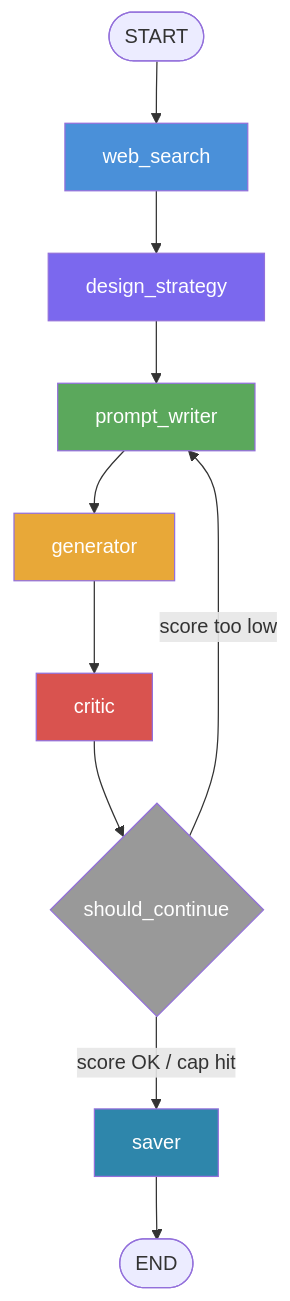
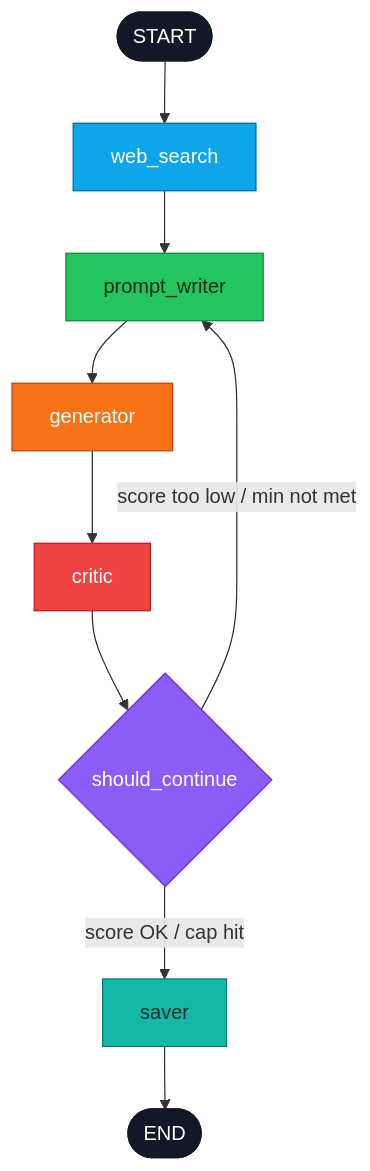
One commit to Shivanilarokar/-Youtube_Thumbnail_DesignerAgent changed the diagram in README.md. Above: the diagram before and after it, drawn with Mermaid. The commit also changed other lines of this file and 26 other files, not shown here.

````diff
--- a/README.md
+++ b/README.md
@@ -9,20 +58,20 @@
 ```mermaid
 flowchart TD
     A([START]) --> B[web_search]
-    B --> C[design_strategy]
-    C --> D[prompt_writer]
-    D --> E[generator]
-    E --> F[critic]
-    F --> G{should_continue}
-    G -- score too low --> D
-    G -- score OK / cap hit --> H[saver]
-    H --> I([END])
+    B --> C[prompt_writer]
+    C --> D[generator]
+    D --> E[critic]
+    E --> F{should_continue}
+    F -- score too low / min not met --> C
+    F -- score OK / cap hit --> G[saver]
+    G --> H([END])
 
-    style B fill:#4A90D9,color:#fff
-    style C fill:#7B68EE,color:#fff
-    style D fill:#5BA85C,color:#fff
-    style E fill:#E8A838,color:#fff
-    style F fill:#D9534F,color:#fff
-    style G fill:#999,color:#fff
-    style H fill:#2E86AB,color:#fff
+    style A fill:#111827,color:#fff,stroke:#111827
+    style B fill:#0EA5E9,color:#fff,stroke:#0369A1
+    style C fill:#22C55E,color:#052E16,stroke:#15803D
+    style D fill:#F97316,color:#fff,stroke:#C2410C
+    style E fill:#EF4444,color:#fff,stroke:#B91C1C
+    style F fill:#8B5CF6,color:#fff,stroke:#6D28D9
+    style G fill:#14B8A6,color:#042F2E,stroke:#0F766E
+    style H fill:#111827,color:#fff,stroke:#111827
 ```
````
